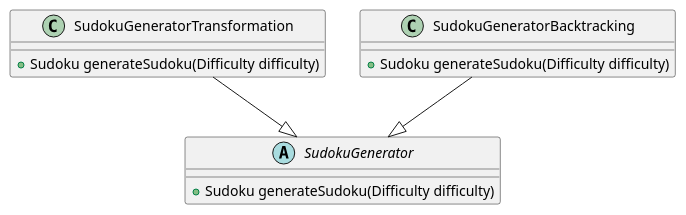
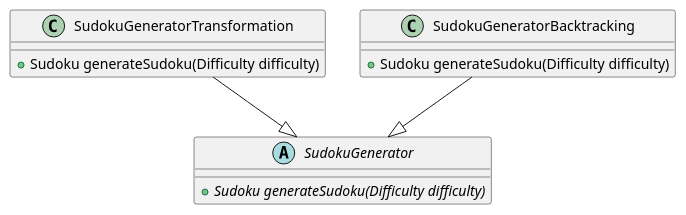
Before and after one commit to mohjohfox/cli-sudoku: the diagram in uml/solid/lsp_2.puml, drawn with PlantUML. The commit also changed 18 other files, not shown here.

```diff
--- a/uml/solid/lsp_2.puml
+++ b/uml/solid/lsp_2.puml
@@ -1,17 +1,17 @@
 @startuml
 abstract class SudokuGenerator {
-   + Sudoku generateSudoku(Difficulty difficulty)
+   + {abstract} Sudoku generateSudoku(Difficulty difficulty)
 }
 
 class SudokuGeneratorTransformation {
     + Sudoku generateSudoku(Difficulty difficulty)
 }
 
 class SudokuGeneratorBacktracking {
     + Sudoku generateSudoku(Difficulty difficulty)
 }
 
 
 SudokuGeneratorTransformation --|> SudokuGenerator
 SudokuGeneratorBacktracking --|> SudokuGenerator
 @enduml
```
